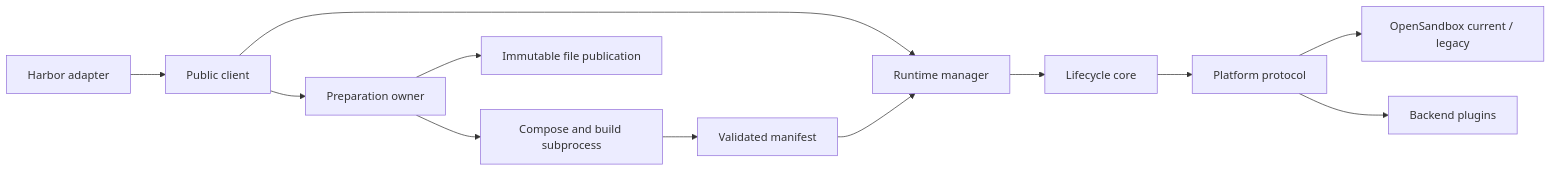
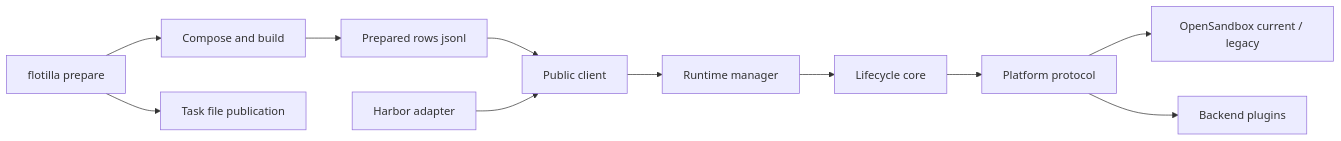
Before and after one commit to matrix72c/flotilla: the diagram in docs/Architecture.md, drawn with Mermaid. The commit also changed other lines of this file and 44 other files, not shown here.

First line of the commit message:
feat!: open prepared rows; remove in-open preparation

````diff
--- a/docs/Architecture.md
+++ b/docs/Architecture.md
@@ -23,14 +24,13 @@
 ```mermaid
 flowchart LR
-    API[Public client] --> Prep[Preparation owner]
-    Prep --> Build[Compose and build subprocess]
-    Build --> IPC[Validated manifest]
-    Prep --> Publish[Immutable file publication]
+    Prepare[flotilla prepare] --> Build[Compose and build]
+    Build --> Rows[Prepared rows jsonl]
+    Prepare --> Publish[Task file publication]
+    Rows --> API[Public client]
     API --> Manager[Runtime manager]
-    IPC --> Manager
     Manager --> Core[Lifecycle core]
     Core --> Platform[Platform protocol]
     Platform --> Backend[OpenSandbox current / legacy]
     Platform --> Plugin[Backend plugins]
     Harbor[Harbor adapter] --> API
 ```
````
